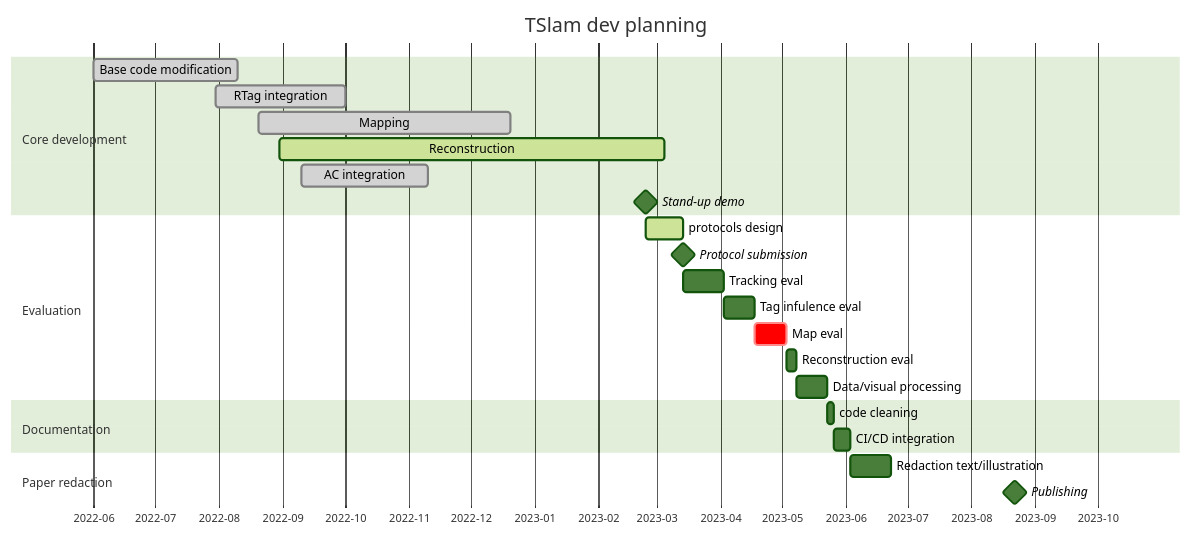
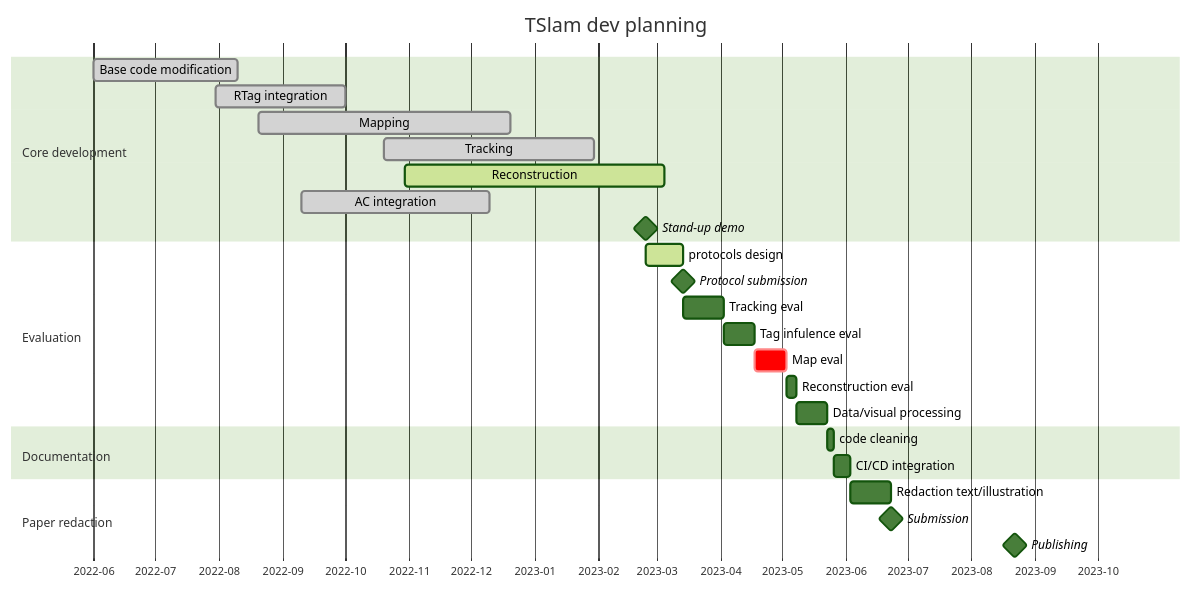
The diagram in README.md (ibois-epfl/TSlam), drawn with Mermaid (forest theme) before and after one commit. The commit also changed other lines of this file, not shown here.

Commit message:
FIX: planning mod

````diff
--- a/README.md
+++ b/README.md
@@ -10,31 +11,33 @@
 ```mermaid
 gantt
     dateFormat  YYYY-MM-DD
     title       TSlam dev planning
     axisFormat %Y-%m
 
     section Core development
     Base code modification          :done, ucm, 2022-06-01, 2022-08-10
     RTag integration                :done, rti, 2022-07-30, 2022-10-01
     Mapping                         :done, map, 2022-08-20, 2022-12-20
-    Reconstruction                  :active, rec, 2022-08-30, 2023-03-05
-    AC integration                  :done, aci, 2022-09-10, 2022-11-10
+    Tracking                        :done, trck, 2022-10-20, 2023-01-30
+    Reconstruction                  :active, rec, 2022-10-30, 2023-03-05
+    AC integration                  :done, aci, 2022-09-10, 2022-12-10
     Stand-up demo                   :milestone, 2023-02-24, 0d
 
     section Evaluation
     protocols design                :active, ptrd, 2023-02-24, 2023-03-14
     Protocol submission             :milestone, 2023-03-14, 0d
     Tracking eval                   : trel, 2023-03-14, 20d
     Tag infulence eval              : tage, after trel, 15d
     Map eval                        :crit, mael, after trel tage, 15d
     Reconstruction eval             : rece, after trel tage mael, 5d
-    Data/visual processing                 : datp, after trel tage mael rece, 15d
+    Data/visual processing          : datp, after trel tage mael rece, 15d
 
     section Documentation
     code cleaning                   : 3d
     CI/CD integration               : 8d
 
     section Paper redaction
     Redaction text/illustration     :20d
+    Submission                      :milestone, 0d
     Publishing                      :milestone, 120d
 ```
````
